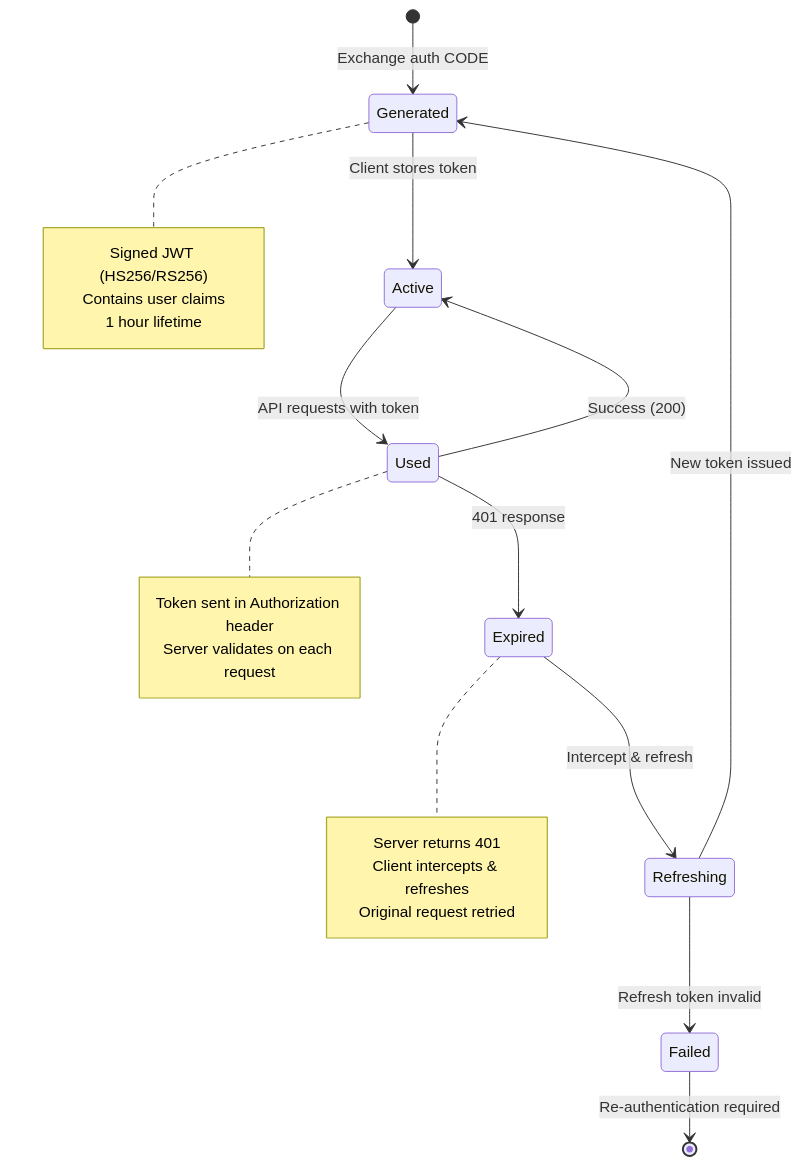
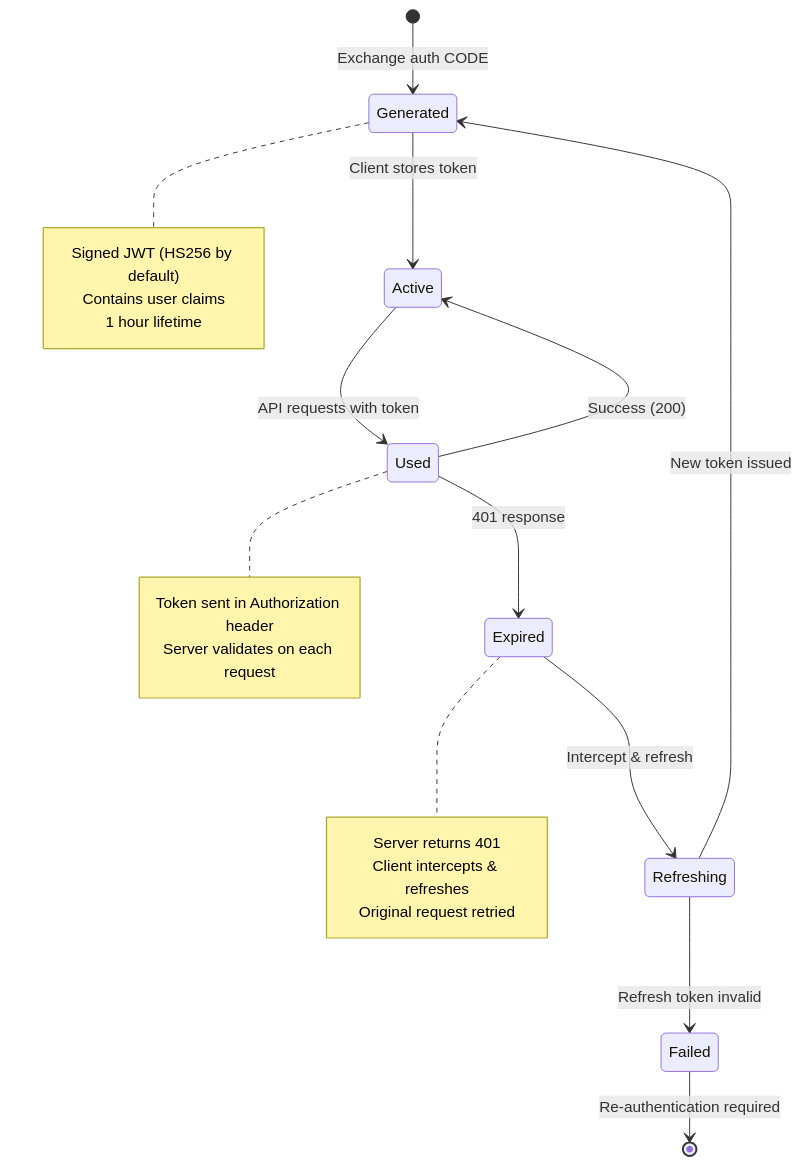
One commit to peterbud/nuxt-aegis changed the third of 5 diagrams in docs/architecture/token-lifecycle.md. Above: the diagram before and after it, drawn with Mermaid. The commit also changed other lines of this file and 4 other files, not shown here.

Commit message:
docs: refactor and review all architecture docs

````diff
--- a/docs/architecture/token-lifecycle.md
+++ b/docs/architecture/token-lifecycle.md
@@ -106,29 +86,29 @@
 ```mermaid
 stateDiagram-v2
     [*] --> Generated: Exchange auth CODE
     Generated --> Active: Client stores token
     Active --> Used: API requests with token
     Used --> Active: Success (200)
     Used --> Expired: 401 response
     Expired --> Refreshing: Intercept & refresh
     Refreshing --> Generated: New token issued
     Refreshing --> Failed: Refresh token invalid
     Failed --> [*]: Re-authentication required
     
     note right of Generated
-        Signed JWT (HS256/RS256)
+      Signed JWT (HS256 by default)
         Contains user claims
         1 hour lifetime
     end note
     
     note right of Used
         Token sent in Authorization header
         Server validates on each request
     end note
     
     note right of Expired
         Server returns 401
         Client intercepts & refreshes
         Original request retried
     end note
 ```
````
